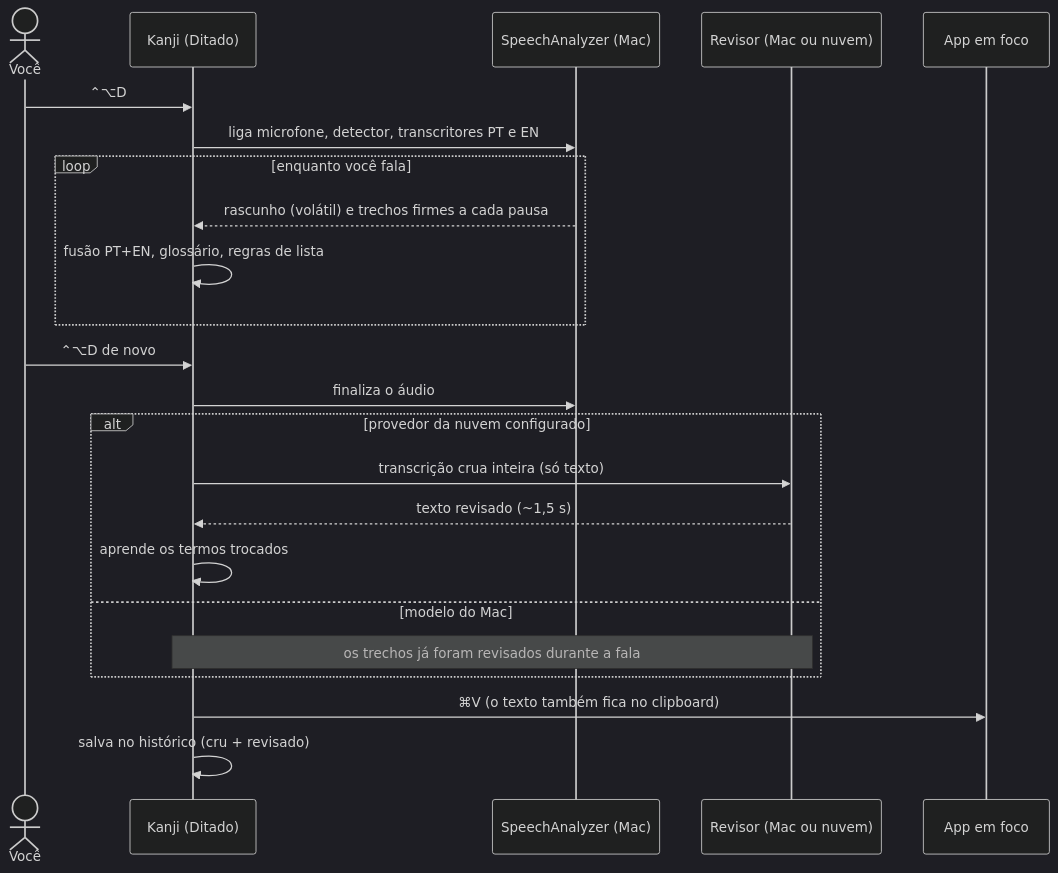
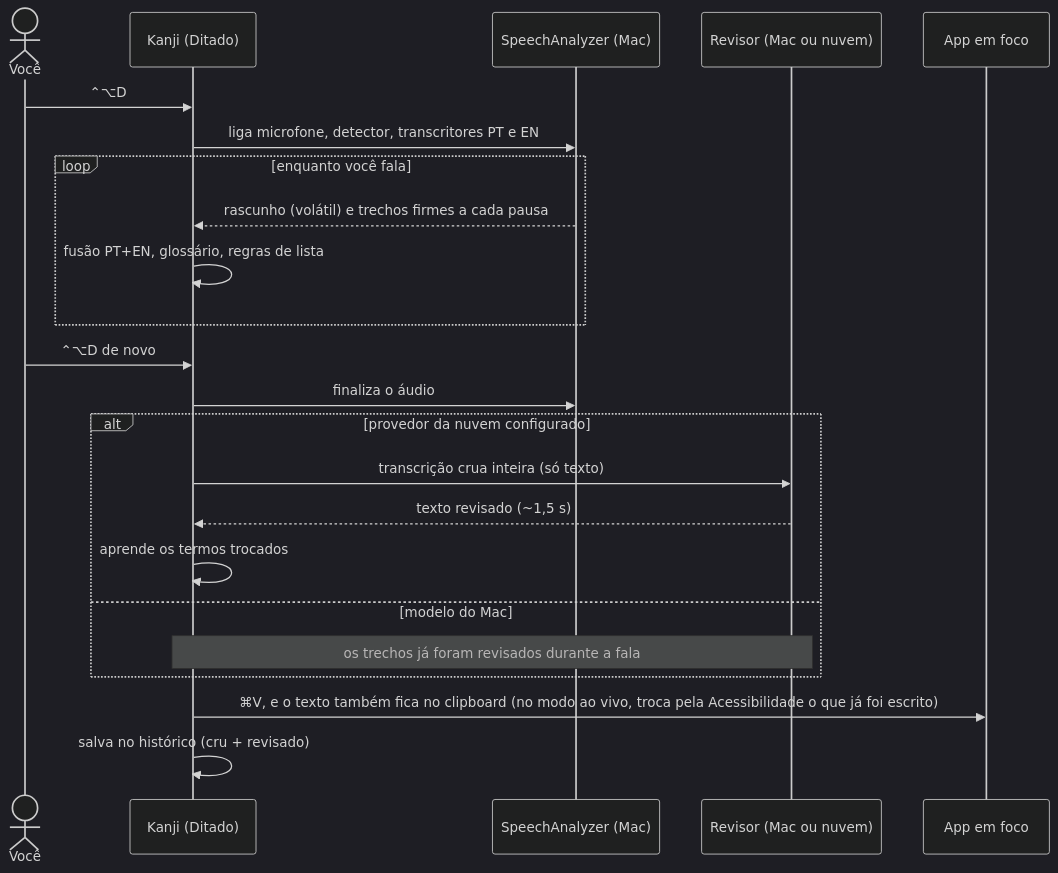
The second of 2 diagrams in docs/ARQUITETURA.md (henriquebap/kanji-local-dictation), drawn with Mermaid (dark theme) before and after one commit. The commit also changed other lines of this file and 9 other files, not shown here.

````diff
--- a/docs/ARQUITETURA.md
+++ b/docs/ARQUITETURA.md
@@ -55,26 +56,26 @@
 ```mermaid
 sequenceDiagram
     actor Você
     participant K as Kanji (Ditado)
     participant SA as SpeechAnalyzer (Mac)
     participant LLM as Revisor (Mac ou nuvem)
     participant App as App em foco
 
     Você->>K: ⌃⌥D
     K->>SA: liga microfone, detector, transcritores PT e EN
     loop enquanto você fala
         SA-->>K: rascunho (volátil) e trechos firmes a cada pausa
         K->>K: fusão PT+EN, glossário, regras de lista
     end
     Você->>K: ⌃⌥D de novo
     K->>SA: finaliza o áudio
     alt provedor da nuvem configurado
         K->>LLM: transcrição crua inteira (só texto)
         LLM-->>K: texto revisado (~1,5 s)
         K->>K: aprende os termos trocados
     else modelo do Mac
         Note over K,LLM: os trechos já foram revisados durante a fala
     end
-    K->>App: ⌘V (o texto também fica no clipboard)
+    K->>App: ⌘V, e o texto também fica no clipboard (no modo ao vivo, troca pela Acessibilidade o que já foi escrito)
     K->>K: salva no histórico (cru + revisado)
 ```
````
